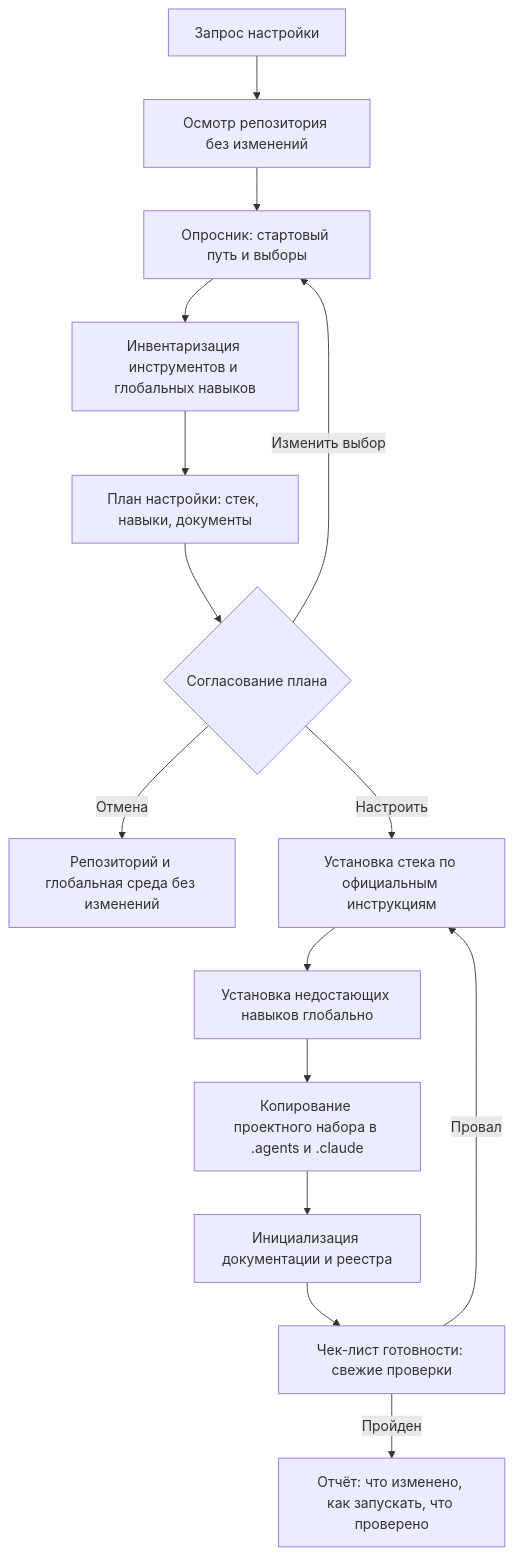
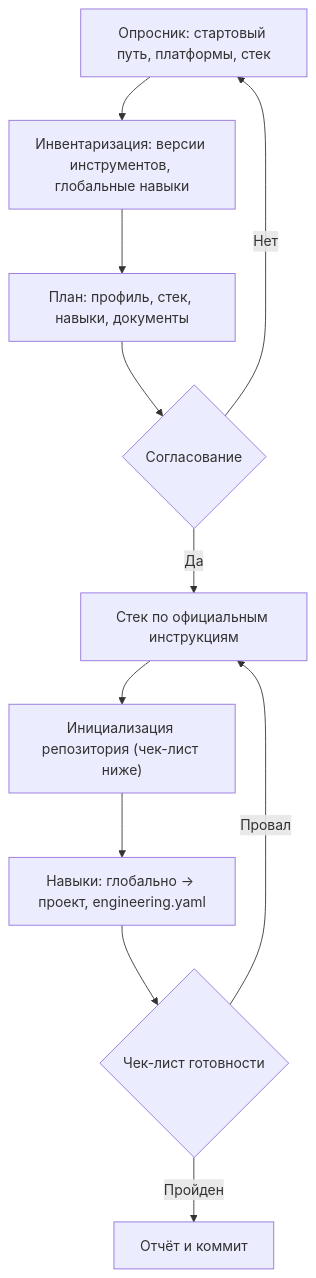
One commit to vadagama/go-product-platform changed the first of 2 diagrams in platform/skills/go-platform-bootstrap/SKILL.md. Above: the diagram before and after it, drawn with Mermaid. The commit also changed other lines of this file and 51 other files, not shown here.

````diff
--- a/platform/skills/go-platform-bootstrap/SKILL.md
+++ b/platform/skills/go-platform-bootstrap/SKILL.md
@@ -26,17 +82,13 @@
 ```mermaid
 flowchart TD
-    A["Запрос настройки"] --> B["Осмотр репозитория без изменений"]
-    B --> C["Опросник: стартовый путь и выборы"]
-    C --> D["Инвентаризация инструментов и глобальных навыков"]
-    D --> E["План настройки: стек, навыки, документы"]
-    E --> F{"Согласование плана"}
-    F -- "Изменить выбор" --> C
-    F -- "Отмена" --> Z["Репозиторий и глобальная среда без изменений"]
-    F -- "Настроить" --> G["Установка стека по официальным инструкциям"]
-    G --> H["Установка недостающих навыков глобально"]
-    H --> I["Копирование проектного набора в .agents и .claude"]
-    I --> J["Инициализация документации и реестра"]
-    J --> K["Чек-лист готовности: свежие проверки"]
-    K -- "Провал" --> G
-    K -- "Пройден" --> L["Отчёт: что изменено, как запускать, что проверено"]
+    A["Опросник: стартовый путь, платформы, стек"] --> B["Инвентаризация: версии инструментов, глобальные навыки"]
+    B --> C["План: профиль, стек, навыки, документы"]
+    C --> D{"Согласование"}
+    D -- "Нет" --> A
+    D -- "Да" --> E["Стек по официальным инструкциям"]
+    E --> F["Инициализация репозитория (чек-лист ниже)"]
+    F --> G["Навыки: глобально → проект, engineering.yaml"]
+    G --> H{"Чек-лист готовности"}
+    H -- "Провал" --> E
+    H -- "Пройден" --> I["Отчёт и коммит"]
 ```
````
